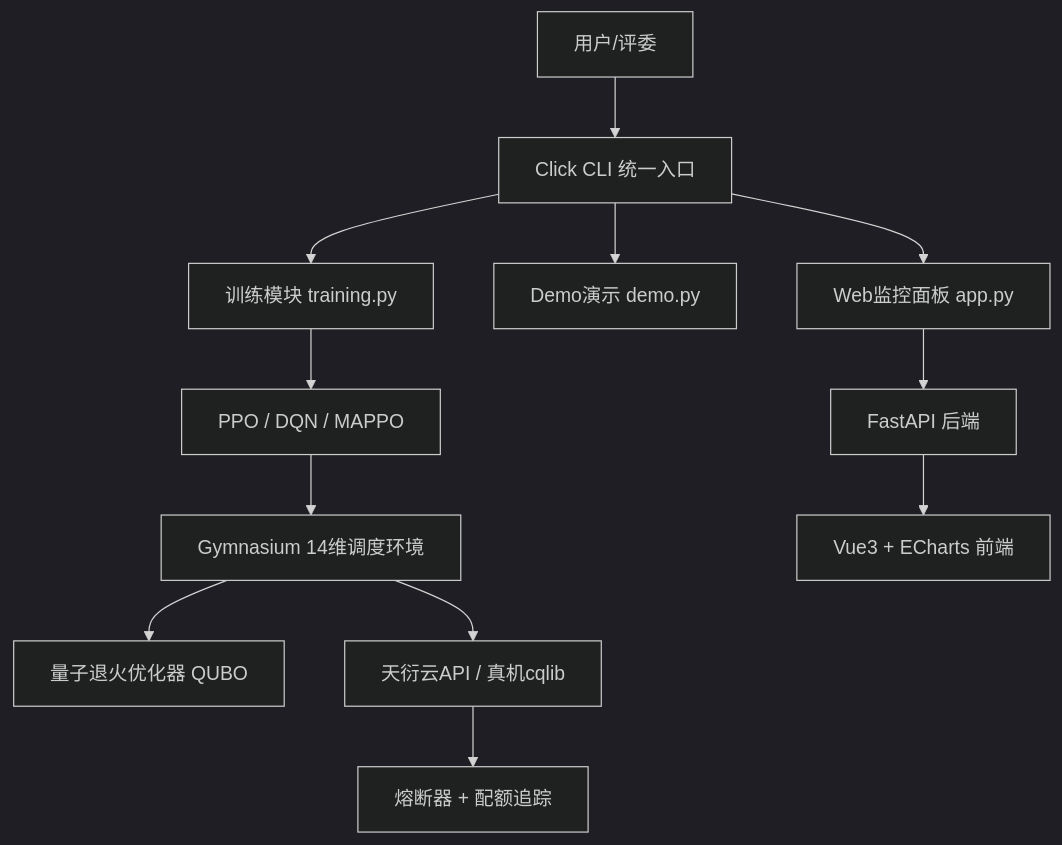
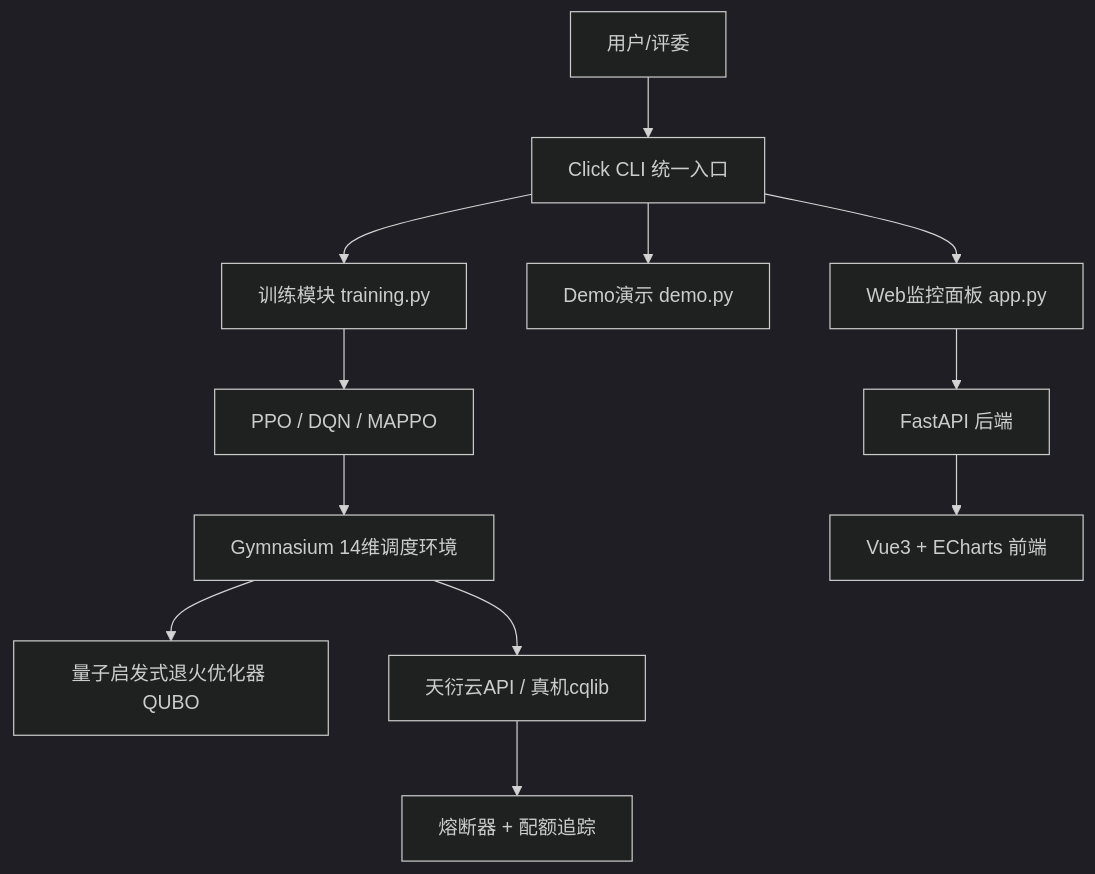
Before and after one commit to xiabai2008/quantum-rl-scheduler: the diagram in README.md, drawn with Mermaid (dark theme). The commit also changed other lines of this file and 27 other files, not shown here.

````diff
--- a/README.md
+++ b/README.md
@@ -39,14 +39,14 @@
 ```mermaid
 graph TB
     User[用户/评委] --> CLI[Click CLI 统一入口]
     CLI --> Train[训练模块 training.py]
     CLI --> Demo[Demo演示 demo.py]
     CLI --> Serve[Web监控面板 app.py]
     Train --> PPO[PPO / DQN / MAPPO]
     PPO --> Env[Gymnasium 14维调度环境]
-    Env --> Annealing[量子退火优化器 QUBO]
+    Env --> Annealing[量子启发式退火优化器 QUBO]
     Env --> Tianyan[天衍云API / 真机cqlib]
     Serve --> FastAPI[FastAPI 后端]
     FastAPI --> Vue[Vue3 + ECharts 前端]
     Tianyan --> CircuitBreaker[熔断器 + 配额追踪]
 ```
````
